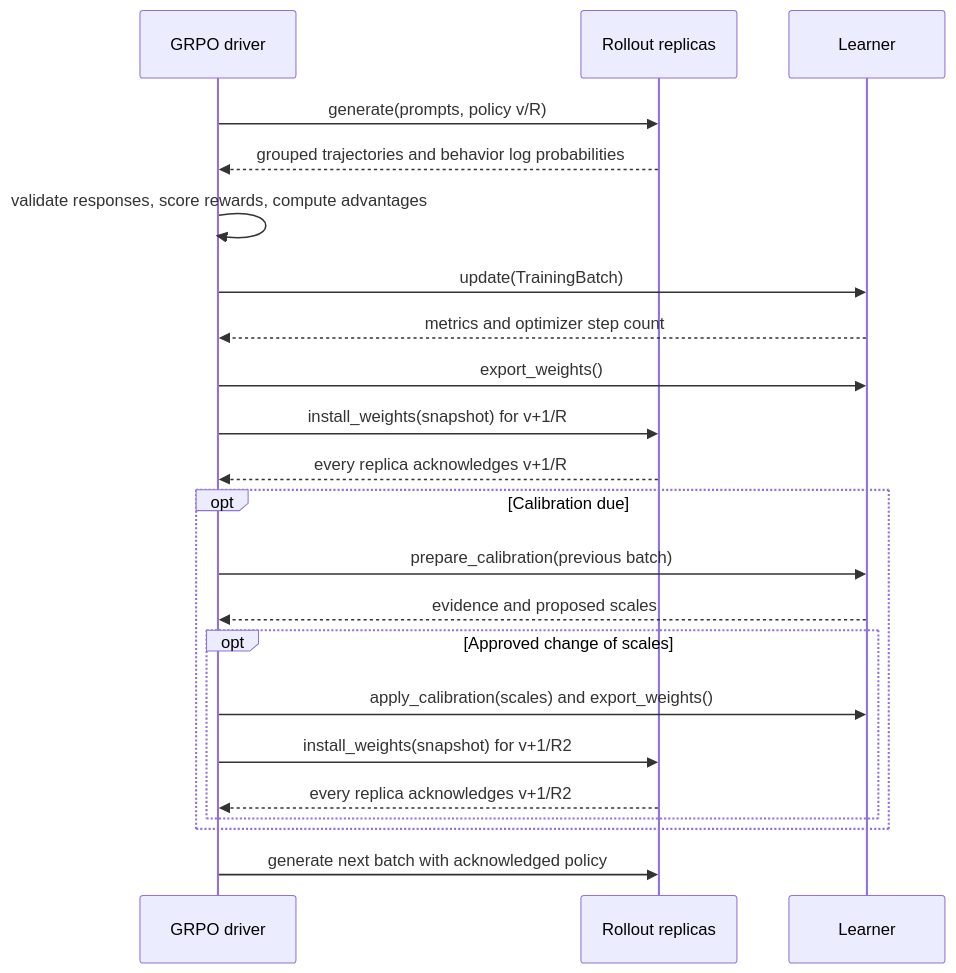
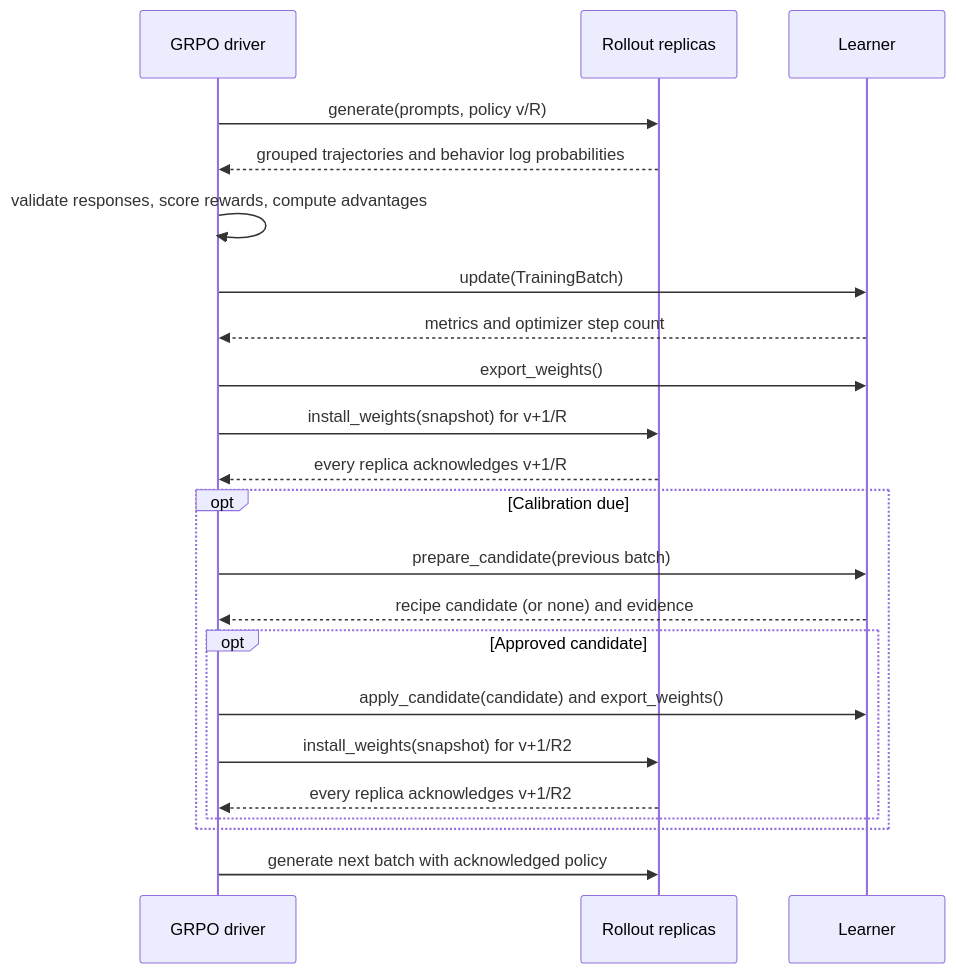
Before and after one commit to wengeezhang/QoreRL: the diagram in code-walkthrough.md, drawn with Mermaid. The commit also changed other lines of this file and 32 other files, not shown here.

Commit message:
Move SmoothQuant candidate preparation and application into the recipe

````diff
--- a/code-walkthrough.md
+++ b/code-walkthrough.md
@@ -19,24 +19,24 @@
 ```mermaid
 sequenceDiagram
     participant D as GRPO driver
     participant R as Rollout replicas
     participant L as Learner
     D->>R: generate(prompts, policy v/R)
     R-->>D: grouped trajectories and behavior log probabilities
     D->>D: validate responses, score rewards, compute advantages
     D->>L: update(TrainingBatch)
     L-->>D: metrics and optimizer step count
     D->>L: export_weights()
     D->>R: install_weights(snapshot) for v+1/R
     R-->>D: every replica acknowledges v+1/R
     opt Calibration due
-        D->>L: prepare_calibration(previous batch)
-        L-->>D: evidence and proposed scales
-        opt Approved change of scales
-            D->>L: apply_calibration(scales) and export_weights()
+        D->>L: prepare_candidate(previous batch)
+        L-->>D: recipe candidate (or none) and evidence
+        opt Approved candidate
+            D->>L: apply_candidate(candidate) and export_weights()
             D->>R: install_weights(snapshot) for v+1/R2
             R-->>D: every replica acknowledges v+1/R2
         end
     end
     D->>R: generate next batch with acknowledged policy
 ```
````
